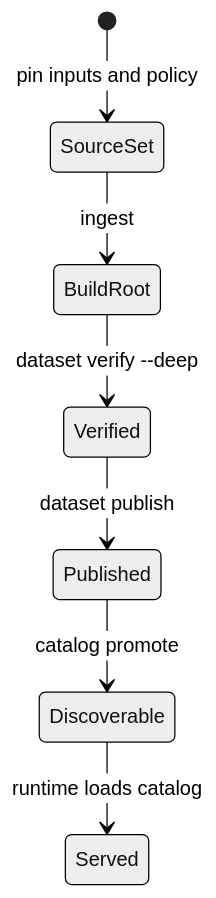
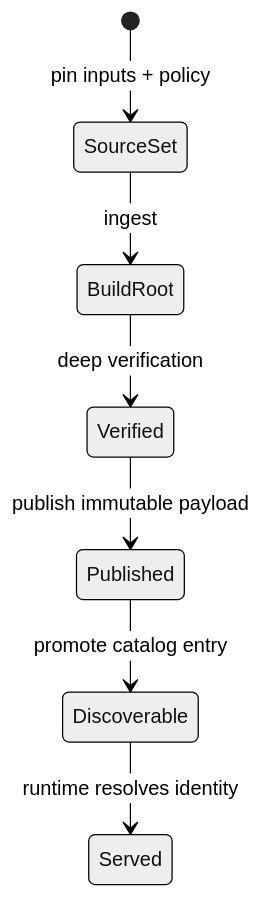
One commit to bijux/bijux-atlas changed the second of 2 diagrams in docs/bijux-atlas/workflows/ingest-workflows.md. Above: the diagram before and after it, drawn with Mermaid (neutral theme). The commit also changed other lines of this file and 1 other file, not shown here.

Commit message:
docs(workflows): distinguish build and serving evidence

````diff
--- a/docs/bijux-atlas/workflows/ingest-workflows.md
+++ b/docs/bijux-atlas/workflows/ingest-workflows.md
@@ -111,9 +99,9 @@
 ```mermaid
 stateDiagram-v2
-    [*] --> SourceSet: pin inputs and policy
+    [*] --> SourceSet: pin inputs + policy
     SourceSet --> BuildRoot: ingest
-    BuildRoot --> Verified: dataset verify --deep
-    Verified --> Published: dataset publish
-    Published --> Discoverable: catalog promote
-    Discoverable --> Served: runtime loads catalog
+    BuildRoot --> Verified: deep verification
+    Verified --> Published: publish immutable payload
+    Published --> Discoverable: promote catalog entry
+    Discoverable --> Served: runtime resolves identity
 ```
````
